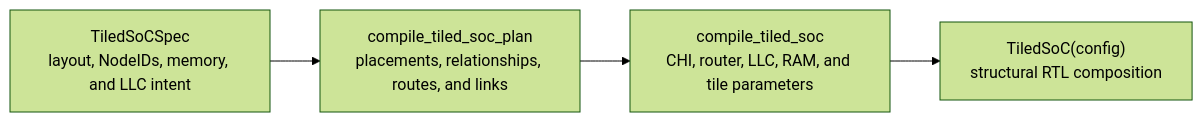
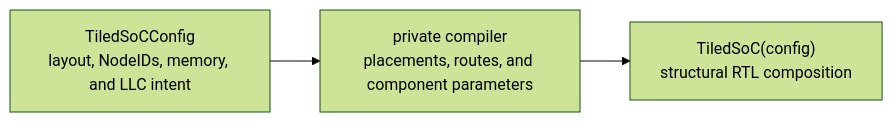
Before and after one commit to jerryz123/rhdl: the second of 2 diagrams in socs/README.md, drawn with Mermaid (forest theme). The commit also changed other lines of this file and 22 other files, not shown here.

Commit message:
clean up tiled soc

````diff
--- a/socs/README.md
+++ b/socs/README.md
@@ -125,9 +126,8 @@
 ```mermaid
 flowchart LR
-  Spec["TiledSoCSpec<br/>layout, NodeIDs, memory, and LLC intent"]
-  Plan["compile_tiled_soc_plan<br/>placements, relationships, routes, and links"]
-  Config["compile_tiled_soc<br/>CHI, router, LLC, RAM, and tile parameters"]
+  Config["TiledSoCConfig<br/>layout, NodeIDs, memory, and LLC intent"]
+  Compile["private compiler<br/>placements, routes, and component parameters"]
   RTL["TiledSoC(config)<br/>structural RTL composition"]
 
-  Spec --> Plan --> Config --> RTL
+  Config --> Compile --> RTL
 ```
````
